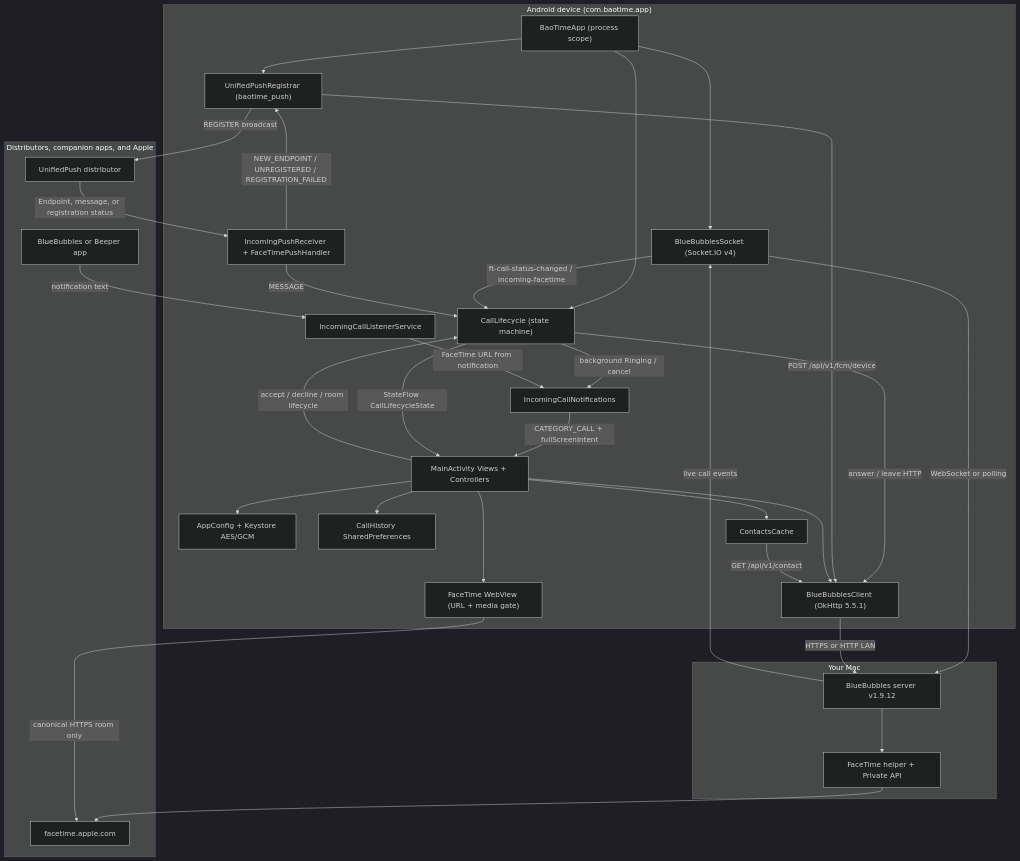
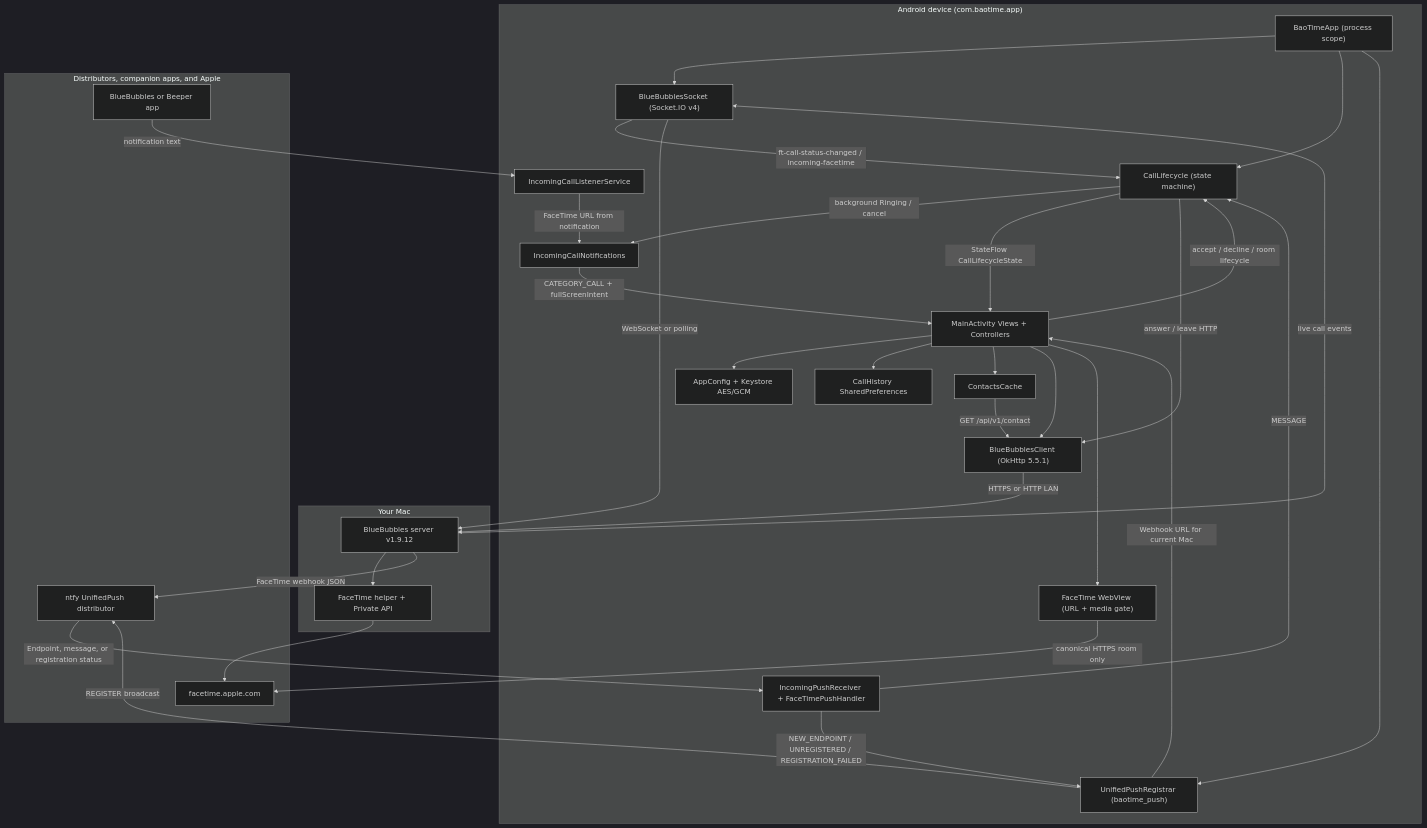
One commit to d4551/BaoTime changed the first of 7 diagrams in README.md. Above: the diagram before and after it, drawn with Mermaid (dark theme). The commit also changed other lines of this file and 61 other files, not shown here.

````diff
--- a/README.md
+++ b/README.md
@@ -92,59 +96,60 @@
 ```mermaid
 flowchart TB
   subgraph androidDevice ["Android device (com.baotime.app)"]
     app["BaoTimeApp (process scope)"]
     sock["BlueBubblesSocket (Socket.IO v4)"]
     life["CallLifecycle (state machine)"]
     reg["UnifiedPushRegistrar (baotime_push)"]
     push["IncomingPushReceiver + FaceTimePushHandler"]
     nls["IncomingCallListenerService"]
     notif["IncomingCallNotifications"]
     ui["MainActivity Views + Controllers"]
     cfg["AppConfig + Keystore AES/GCM"]
     hist["CallHistory SharedPreferences"]
     contacts["ContactsCache"]
     client["BlueBubblesClient (OkHttp 5.5.1)"]
     room["FaceTime WebView (URL + media gate)"]
 
     app --> sock
     app --> life
     app --> reg
     sock -->|"ft-call-status-changed / incoming-facetime"| life
     push -->|"MESSAGE"| life
     push -->|"NEW_ENDPOINT / UNREGISTERED / REGISTRATION_FAILED"| reg
     life -->|"background Ringing / cancel"| notif
     nls -->|"FaceTime URL from notification"| notif
     notif -->|"CATEGORY_CALL + fullScreenIntent"| ui
     life -->|"StateFlow CallLifecycleState"| ui
     ui -->|"accept / decline / room lifecycle"| life
     life -->|"answer / leave HTTP"| client
-    reg -->|"POST /api/v1/fcm/device"| client
+    reg -->|"Webhook URL for current Mac"| ui
     ui --> cfg
     ui --> hist
     ui --> contacts
     ui --> client
     ui --> room
     contacts -->|"GET /api/v1/contact"| client
   end
 
   subgraph macHost ["Your Mac"]
     bbs["BlueBubbles server v1.9.12"]
     helper["FaceTime helper + Private API"]
     bbs --> helper
   end
 
   subgraph externalPeers ["Distributors, companion apps, and Apple"]
-    upDist["UnifiedPush distributor"]
+    upDist["ntfy UnifiedPush distributor"]
     bbApp["BlueBubbles or Beeper app"]
     apple["facetime.apple.com"]
   end
 
   reg -->|"REGISTER broadcast"| upDist
   upDist -->|"Endpoint, message, or registration status"| push
   bbApp -->|"notification text"| nls
   sock -->|"WebSocket or polling"| bbs
   bbs -->|"live call events"| sock
+  bbs -->|"FaceTime webhook JSON"| upDist
   client -->|"HTTPS or HTTP LAN"| bbs
   helper --> apple
   room -->|"canonical HTTPS room only"| apple
 ```
````
